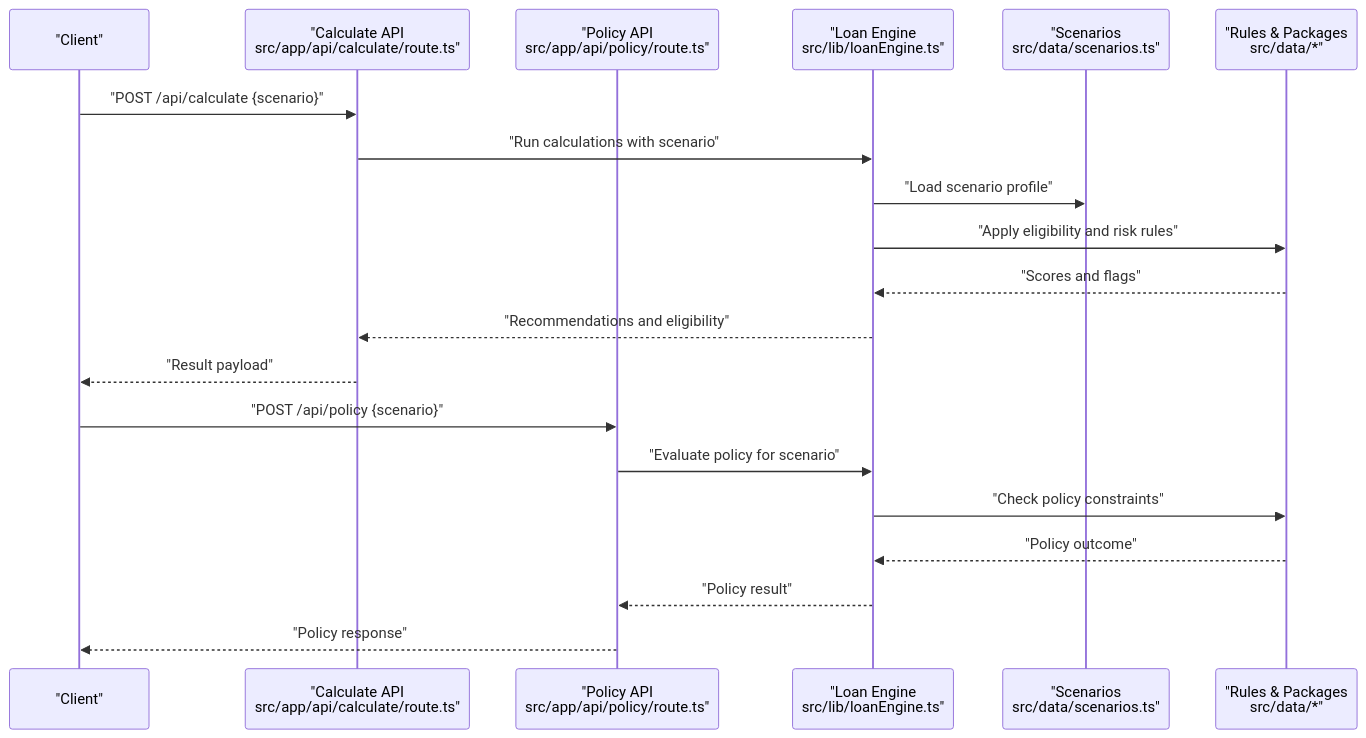
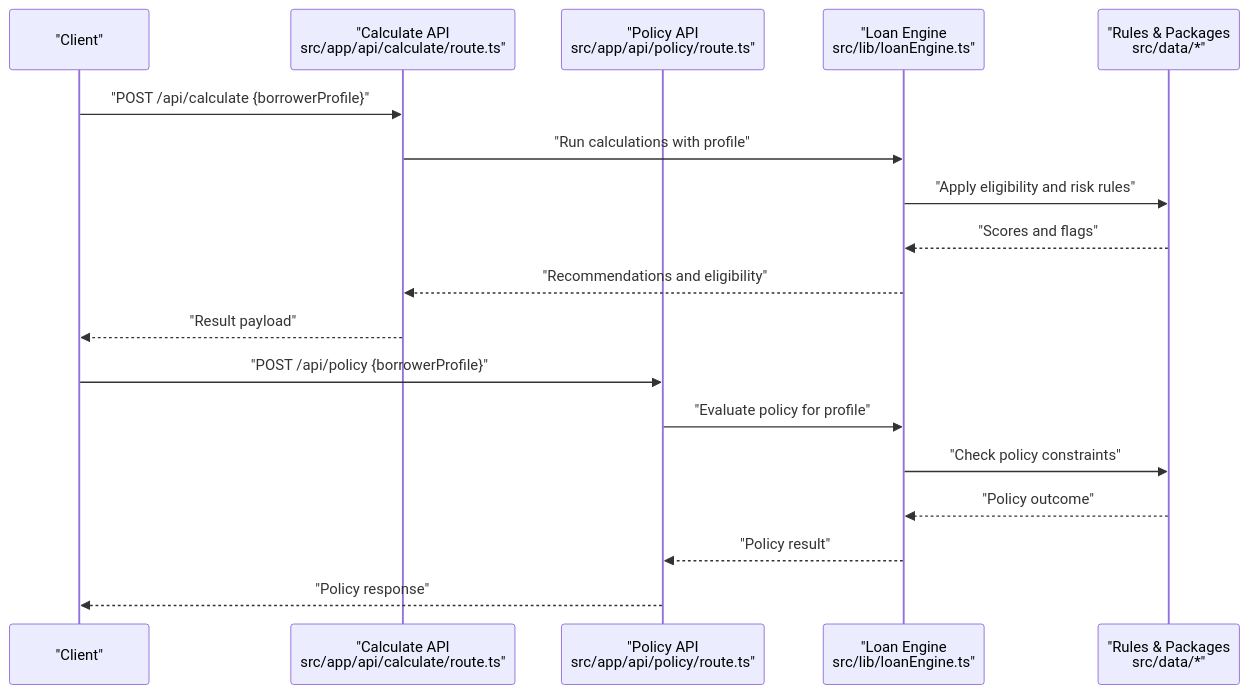
One commit to alibaba-hackathon-fsi/frontend-vaya changed the second of 7 diagrams in .qoder/repowiki/en/content/Data Management/Scenarios Management.md. Above: the diagram before and after it, drawn with Mermaid. The commit also changed other lines of this file and 36 other files, not shown here.

````diff
--- a/.qoder/repowiki/en/content/Data Management/Scenarios Management.md
+++ b/.qoder/repowiki/en/content/Data Management/Scenarios Management.md
@@ -110,22 +95,20 @@
 ```mermaid
 sequenceDiagram
 participant Client as "Client"
 participant CalcAPI as "Calculate API<br/>src/app/api/calculate/route.ts"
 participant PolicyAPI as "Policy API<br/>src/app/api/policy/route.ts"
 participant Engine as "Loan Engine<br/>src/lib/loanEngine.ts"
-participant Scenarios as "Scenarios<br/>src/data/scenarios.ts"
 participant Rules as "Rules & Packages<br/>src/data/*"
-Client->>CalcAPI : "POST /api/calculate {scenario}"
-CalcAPI->>Engine : "Run calculations with scenario"
-Engine->>Scenarios : "Load scenario profile"
+Client->>CalcAPI : "POST /api/calculate {borrowerProfile}"
+CalcAPI->>Engine : "Run calculations with profile"
 Engine->>Rules : "Apply eligibility and risk rules"
 Rules-->>Engine : "Scores and flags"
 Engine-->>CalcAPI : "Recommendations and eligibility"
 CalcAPI-->>Client : "Result payload"
-Client->>PolicyAPI : "POST /api/policy {scenario}"
-PolicyAPI->>Engine : "Evaluate policy for scenario"
+Client->>PolicyAPI : "POST /api/policy {borrowerProfile}"
+PolicyAPI->>Engine : "Evaluate policy for profile"
 Engine->>Rules : "Check policy constraints"
 Rules-->>Engine : "Policy outcome"
 Engine-->>PolicyAPI : "Policy result"
 PolicyAPI-->>Client : "Policy response"
 ```
````
